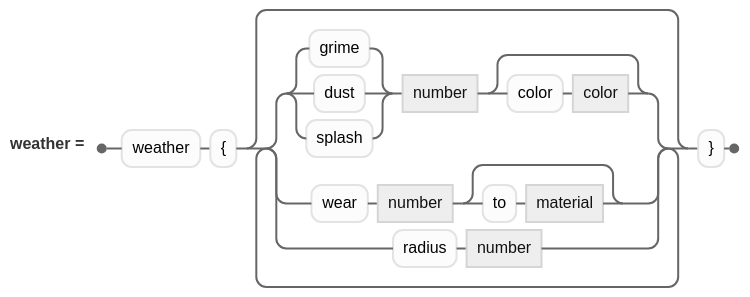
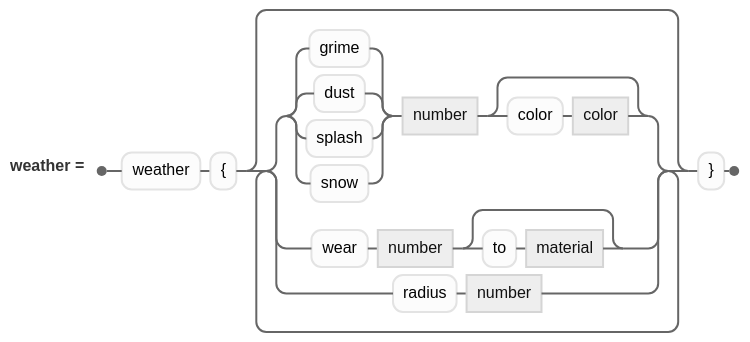
Before and after one commit to jskress/RayTracer: the diagram in docs/diagrams/materials/weatherClause.mmd, drawn with Mermaid (neutral theme). The commit also changed 39 other files, not shown here.

```diff
--- a/docs/diagrams/materials/weatherClause.mmd
+++ b/docs/diagrams/materials/weatherClause.mmd
@@ -1,5 +1,5 @@
 railroad-ebnf-beta
 title "Weather"
 
-weather = "weather" "{" { ( "grime" | "dust" | "splash" ) number [ "color" color ]
+weather = "weather" "{" { ( "grime" | "dust" | "splash" | "snow" ) number [ "color" color ]
         | "wear" number [ "to" material ] | "radius" number } "}" ;
```
